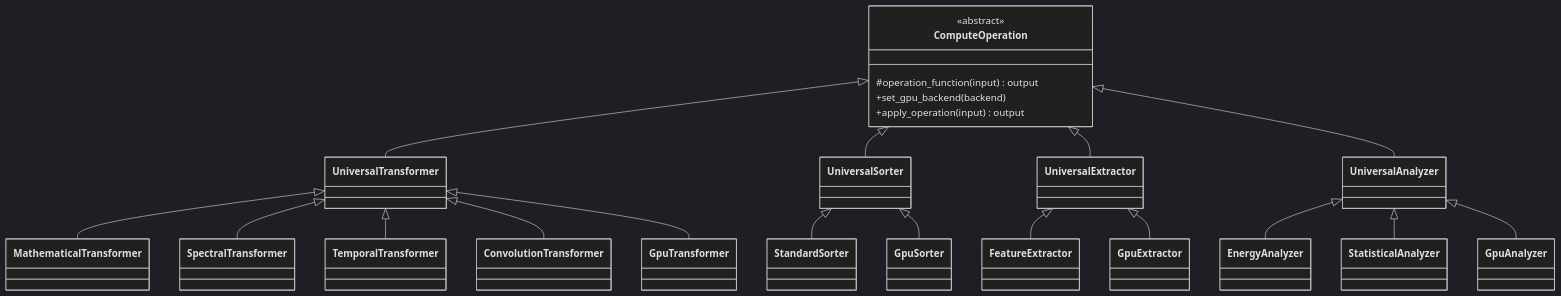
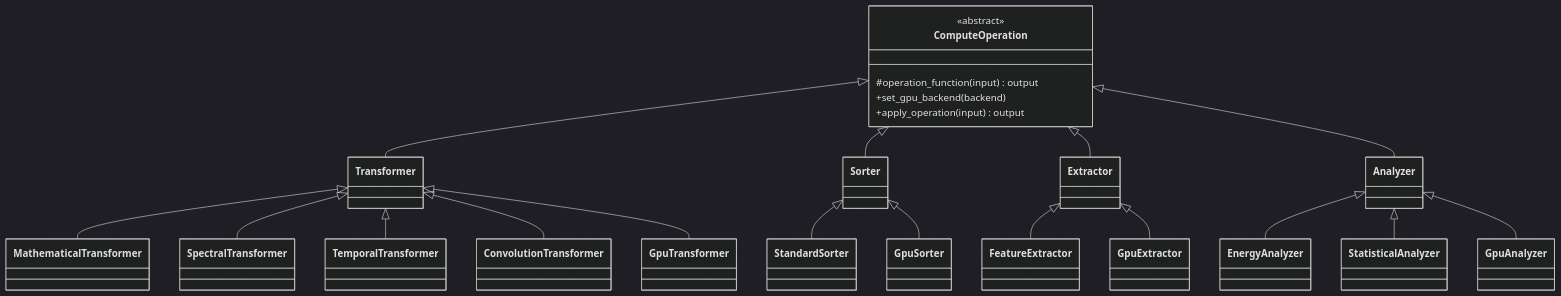
Before and after one commit to MayaFlux/MayaFlux: the ninth of 15 diagrams in docs/GPGPU-Guide.md, drawn with Mermaid (dark theme). The commit also changed other lines of this file and 26 other files, not shown here.

First line of the commit message:
refactor(yantra): drop the Universal prefix from the operation bases

````diff
--- a/docs/GPGPU-Guide.md
+++ b/docs/GPGPU-Guide.md
@@ -547,25 +547,25 @@
 ```mermaid
 classDiagram
     class ComputeOperation {
         <<abstract>>
         #operation_function(input) output
         +set_gpu_backend(backend)
         +apply_operation(input) output
     }
-    ComputeOperation <|-- UniversalTransformer
-    ComputeOperation <|-- UniversalSorter
-    ComputeOperation <|-- UniversalExtractor
-    ComputeOperation <|-- UniversalAnalyzer
-    UniversalTransformer <|-- MathematicalTransformer
-    UniversalTransformer <|-- SpectralTransformer
-    UniversalTransformer <|-- TemporalTransformer
-    UniversalTransformer <|-- ConvolutionTransformer
-    UniversalTransformer <|-- GpuTransformer
-    UniversalSorter <|-- StandardSorter
-    UniversalSorter <|-- GpuSorter
-    UniversalExtractor <|-- FeatureExtractor
-    UniversalExtractor <|-- GpuExtractor
-    UniversalAnalyzer <|-- EnergyAnalyzer
-    UniversalAnalyzer <|-- StatisticalAnalyzer
-    UniversalAnalyzer <|-- GpuAnalyzer
+    ComputeOperation <|-- Transformer
+    ComputeOperation <|-- Sorter
+    ComputeOperation <|-- Extractor
+    ComputeOperation <|-- Analyzer
+    Transformer <|-- MathematicalTransformer
+    Transformer <|-- SpectralTransformer
+    Transformer <|-- TemporalTransformer
+    Transformer <|-- ConvolutionTransformer
+    Transformer <|-- GpuTransformer
+    Sorter <|-- StandardSorter
+    Sorter <|-- GpuSorter
+    Extractor <|-- FeatureExtractor
+    Extractor <|-- GpuExtractor
+    Analyzer <|-- EnergyAnalyzer
+    Analyzer <|-- StatisticalAnalyzer
+    Analyzer <|-- GpuAnalyzer
 ```
````
